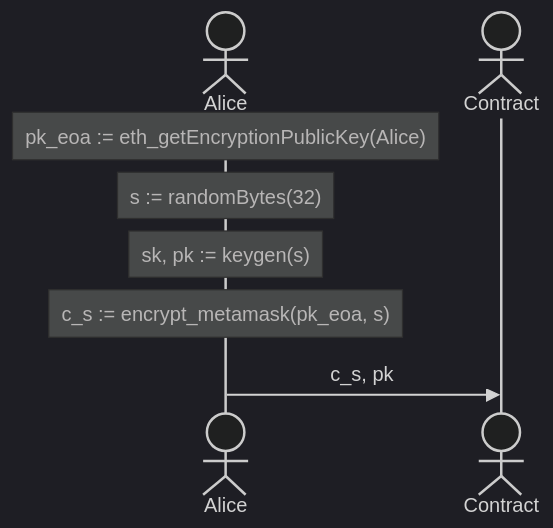
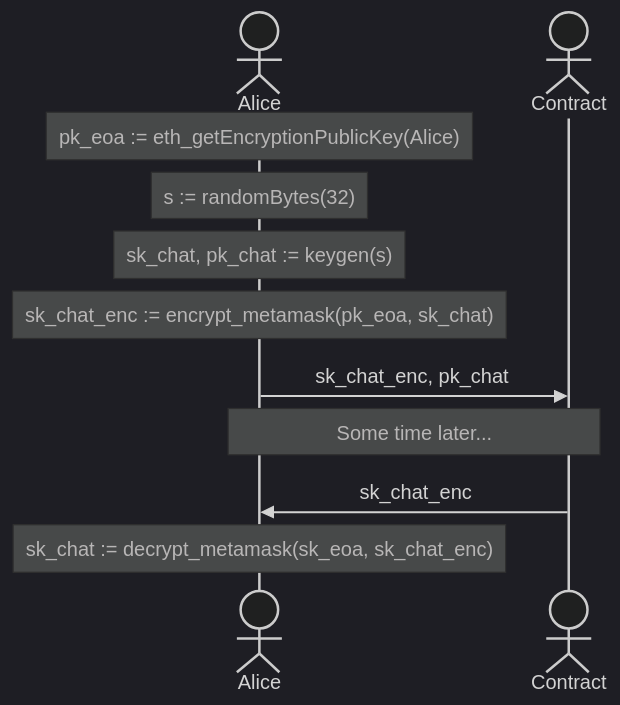
Before and after one commit to erhant/blockchatting: the first of 3 diagrams in README.md, drawn with Mermaid (dark theme). The commit also changed other lines of this file and 3 other files, not shown here.

Commit message:
new schema

````diff
--- a/README.md
+++ b/README.md
@@ -20,12 +20,18 @@
 ```mermaid
 sequenceDiagram
   actor Alice
   actor Contract
 
   Note over Alice: pk_eoa := eth_getEncryptionPublicKey(Alice)
   Note over Alice: s := randomBytes(32)
-  Note over Alice: sk, pk := keygen(s)
-  Note over Alice: c_s := encrypt_metamask(pk_eoa, s)
+  Note over Alice: sk_chat, pk_chat := keygen(s)
+  Note over Alice: sk_chat_enc := encrypt_metamask(pk_eoa, sk_chat)
 
-  Alice ->> Contract: c_s, pk
+  Alice ->> Contract: sk_chat_enc, pk_chat
+
+  Note over Alice, Contract: Some time later...
+
+  Contract ->> Alice: sk_chat_enc
+  Note over Alice: sk_chat := decrypt_metamask(sk_eoa, sk_chat_enc)
+
 ```
````
